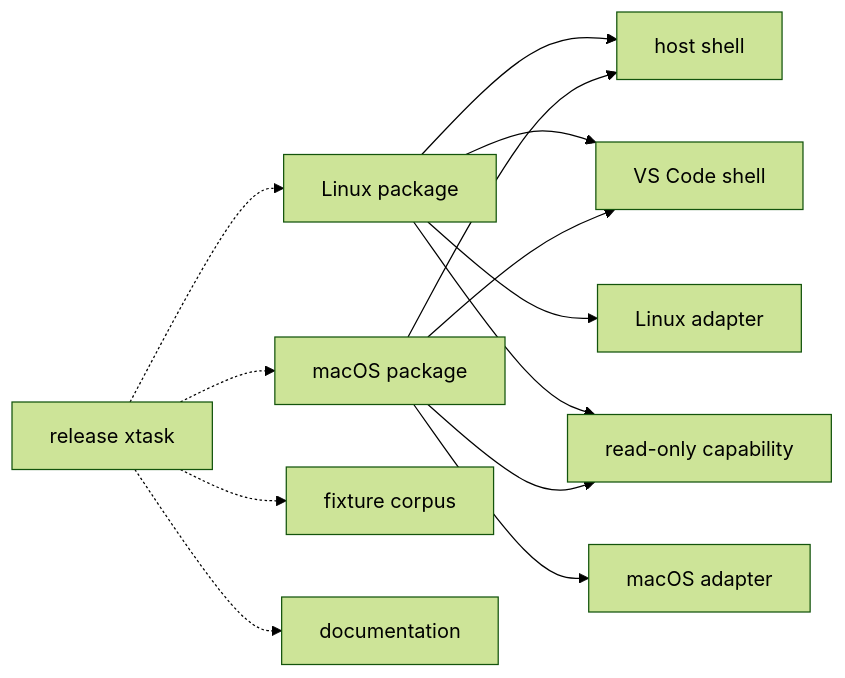
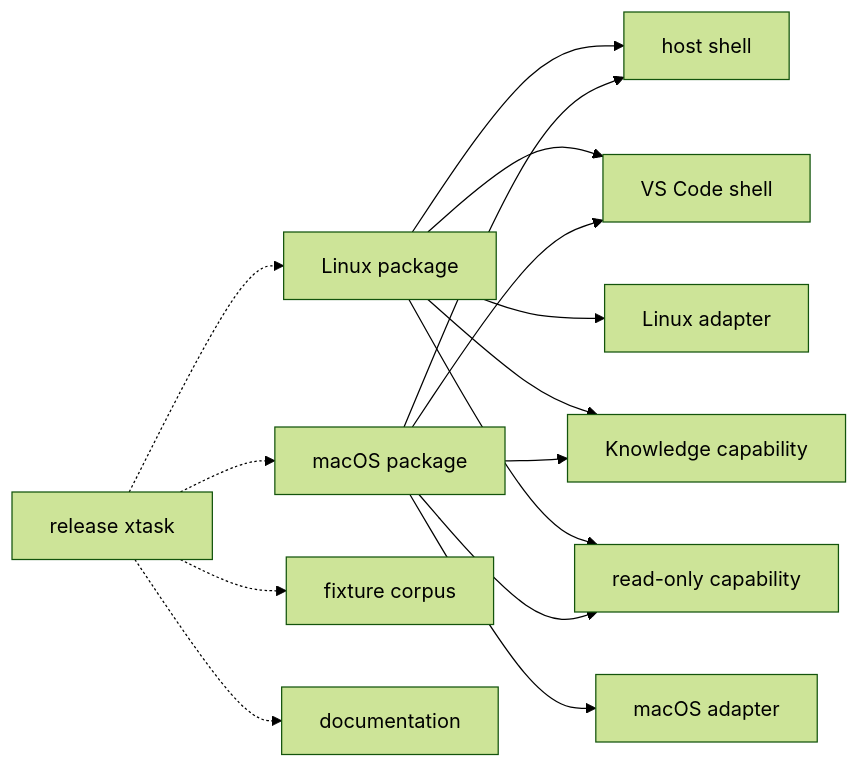
One commit to AaronNHorvitz/AgentMage changed the second of 2 diagrams in docs/architecture/dependency-direction.md. Above: the diagram before and after it, drawn with Mermaid (forest theme). The commit also changed other lines of this file and 15 other files, not shown here.

````diff
--- a/docs/architecture/dependency-direction.md
+++ b/docs/architecture/dependency-direction.md
@@ -49,17 +51,19 @@
 ```mermaid
 flowchart LR
     PKL["Linux package"] --> SH["host shell"]
     PKL --> SV["VS Code shell"]
     PKL --> PL["Linux adapter"]
+    PKL --> CK["Knowledge capability"]
     PKL --> CR["read-only capability"]
 
     PKM["macOS package"] --> SH
     PKM --> SV
     PKM --> PM["macOS adapter"]
+    PKM --> CK
     PKM --> CR
 
     XT["release xtask"] -.-> PKL
     XT -.-> PKM
     XT -.-> FX["fixture corpus"]
     XT -.-> DOC["documentation"]
 ```
````
